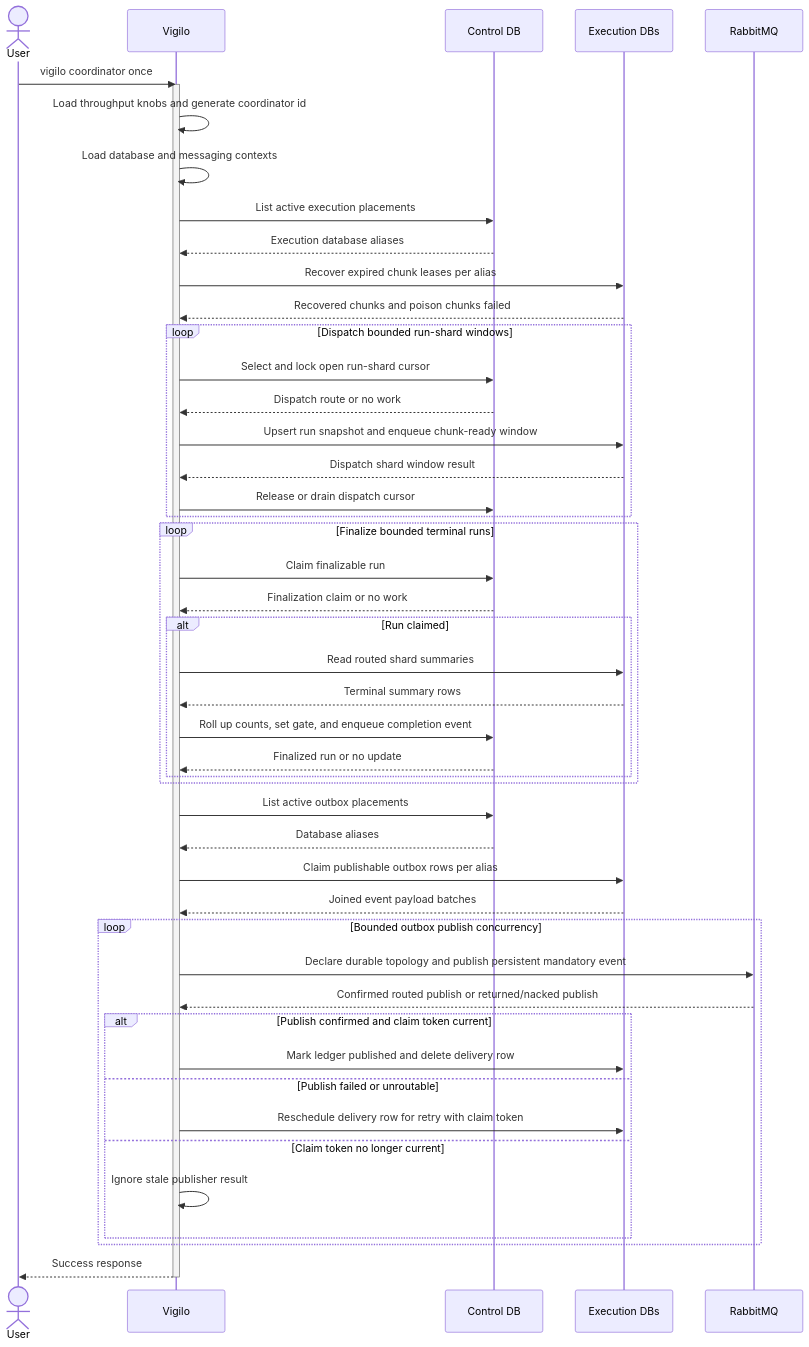
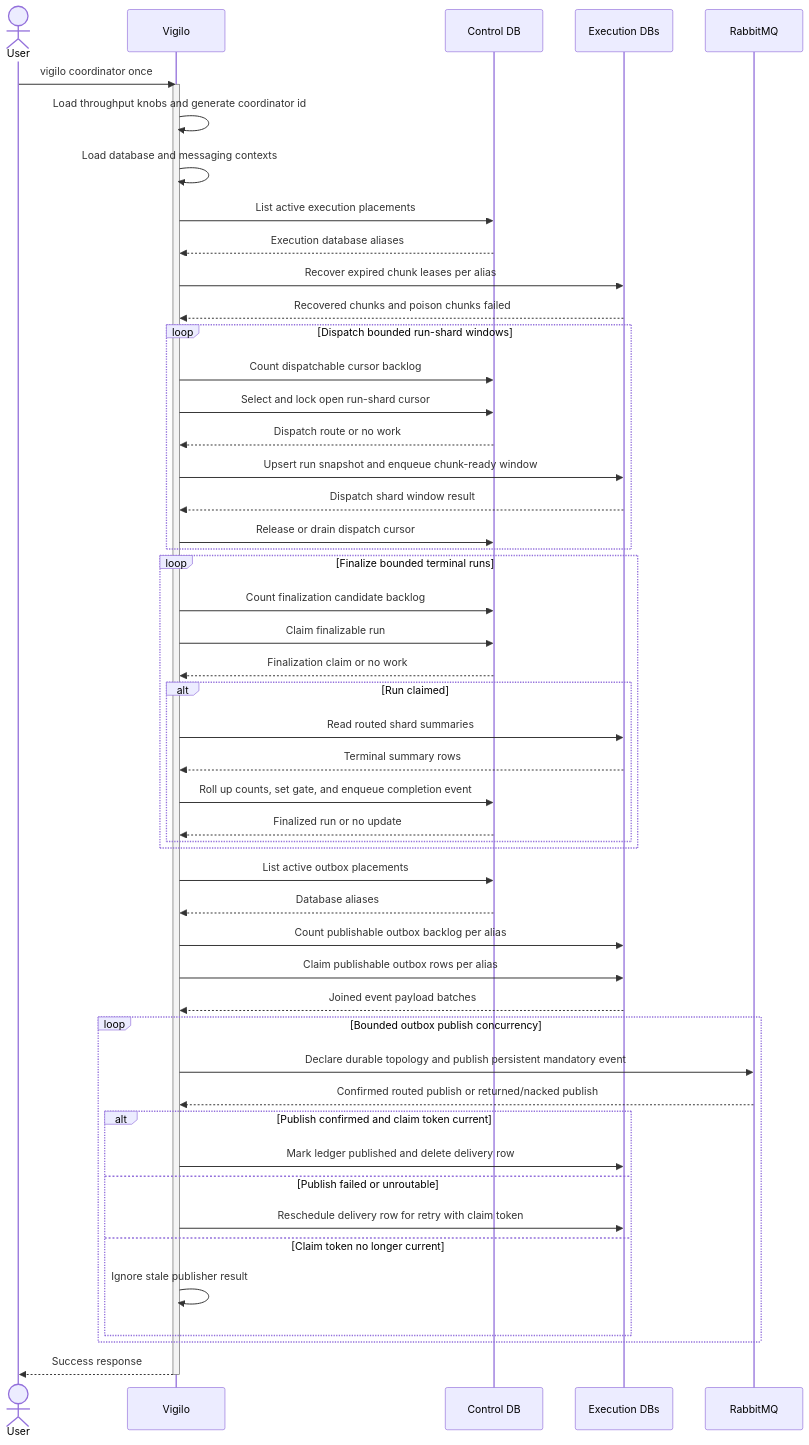
Before and after one commit to gregl83/agent-vigilo: the diagram in web/docs/architecture/flows/coordinator/once/execution-flow.mmd, drawn with Mermaid. The commit also changed 10 other files, not shown here.

```diff
--- a/web/docs/architecture/flows/coordinator/once/execution-flow.mmd
+++ b/web/docs/architecture/flows/coordinator/once/execution-flow.mmd
@@ -1,63 +1,66 @@
 ---
 config:
   flowchart:
     nodeSpacing: 150
     rankSpacing: 80
   themeVariables:
     edgeLabelBackground: 'transparent'
 ---
 sequenceDiagram
     actor User
     participant Vigilo
     participant ControlDB as Control DB
     participant ExecutionDB as Execution DBs
     participant Queue as RabbitMQ
 
     User->>Vigilo: vigilo coordinator once
     activate Vigilo
     Vigilo->>Vigilo: Load throughput knobs and generate coordinator id
     Vigilo->>Vigilo: Load database and messaging contexts
 
     Vigilo->>ControlDB: List active execution placements
     ControlDB-->>Vigilo: Execution database aliases
     Vigilo->>ExecutionDB: Recover expired chunk leases per alias
     ExecutionDB-->>Vigilo: Recovered chunks and poison chunks failed
 
     loop Dispatch bounded run-shard windows
+        Vigilo->>ControlDB: Count dispatchable cursor backlog
         Vigilo->>ControlDB: Select and lock open run-shard cursor
         ControlDB-->>Vigilo: Dispatch route or no work
         Vigilo->>ExecutionDB: Upsert run snapshot and enqueue chunk-ready window
         ExecutionDB-->>Vigilo: Dispatch shard window result
         Vigilo->>ControlDB: Release or drain dispatch cursor
     end
 
     loop Finalize bounded terminal runs
+        Vigilo->>ControlDB: Count finalization candidate backlog
         Vigilo->>ControlDB: Claim finalizable run
         ControlDB-->>Vigilo: Finalization claim or no work
         alt Run claimed
             Vigilo->>ExecutionDB: Read routed shard summaries
             ExecutionDB-->>Vigilo: Terminal summary rows
             Vigilo->>ControlDB: Roll up counts, set gate, and enqueue completion event
             ControlDB-->>Vigilo: Finalized run or no update
         end
     end
 
     Vigilo->>ControlDB: List active outbox placements
     ControlDB-->>Vigilo: Database aliases
+    Vigilo->>ExecutionDB: Count publishable outbox backlog per alias
     Vigilo->>ExecutionDB: Claim publishable outbox rows per alias
     ExecutionDB-->>Vigilo: Joined event payload batches
 
     loop Bounded outbox publish concurrency
         Vigilo->>Queue: Declare durable topology and publish persistent mandatory event
         Queue-->>Vigilo: Confirmed routed publish or returned/nacked publish
         alt Publish confirmed and claim token current
             Vigilo->>ExecutionDB: Mark ledger published and delete delivery row
         else Publish failed or unroutable
             Vigilo->>ExecutionDB: Reschedule delivery row for retry with claim token
         else Claim token no longer current
             Vigilo->>Vigilo: Ignore stale publisher result
         end
     end
 
     Vigilo-->>User: Success response
     deactivate Vigilo
```
